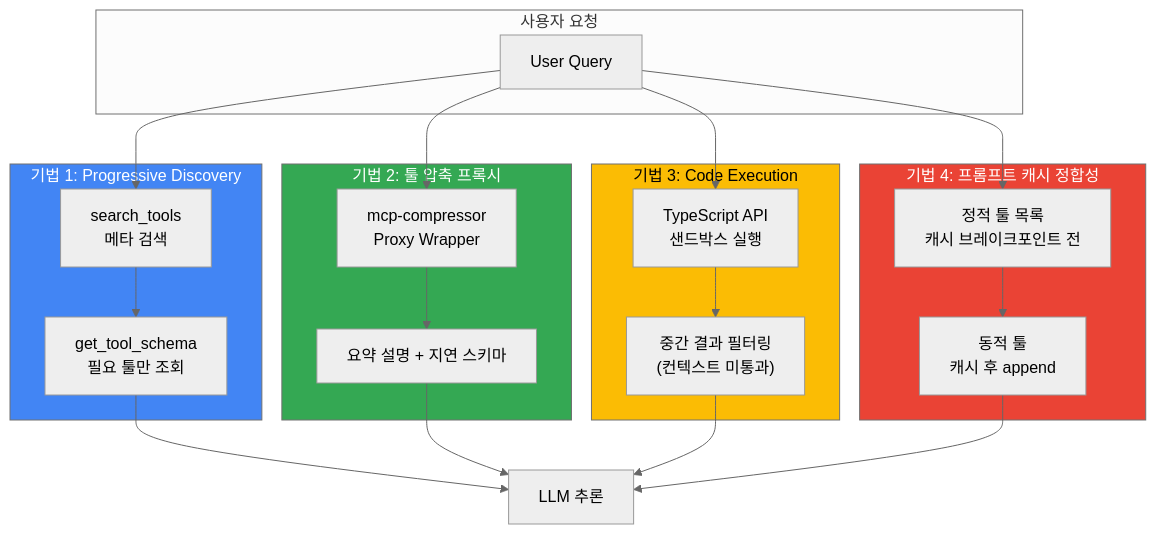
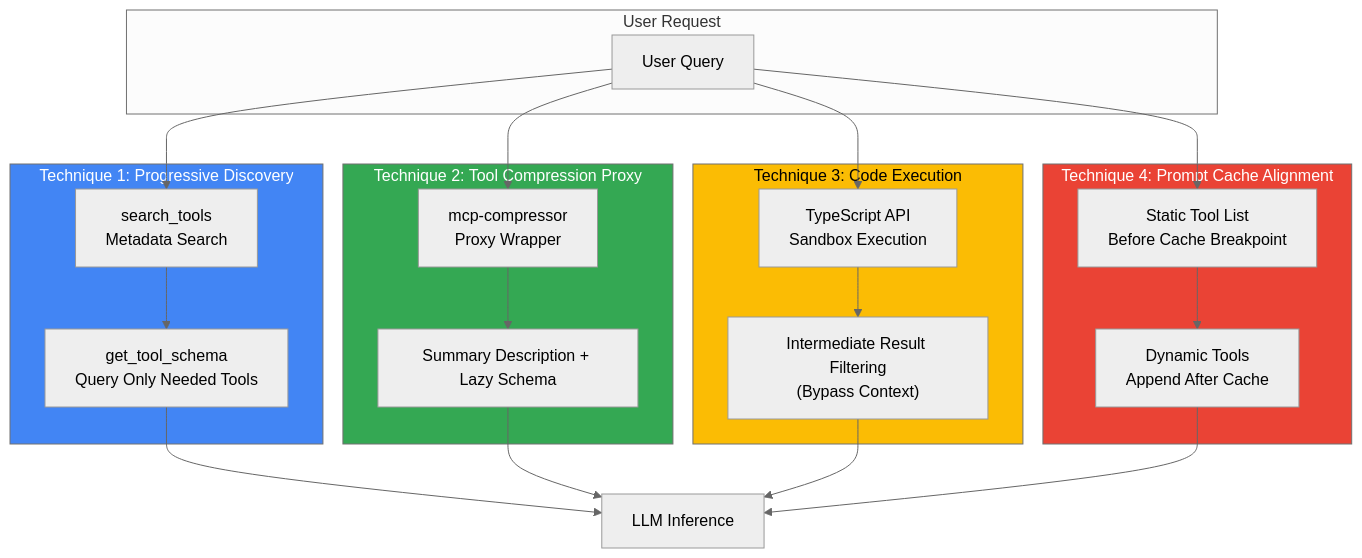
Before and after one commit to devfloor9/engineering-playbook: the diagram in docs/agentic-ai-platform/design-architecture/advanced-patterns/mcp-token-optimization.md, drawn with Mermaid (neutral theme). The commit also changed other lines of this file and 954 other files, not shown here.

````diff
--- a/docs/agentic-ai-platform/design-architecture/advanced-patterns/mcp-token-optimization.md
+++ b/docs/agentic-ai-platform/design-architecture/advanced-patterns/mcp-token-optimization.md
@@ -56,45 +56,45 @@
 ```mermaid
 flowchart TB
-    subgraph Input["사용자 요청"]
+    subgraph Input["User Request"]
         USER[User Query]
     end
 
-    subgraph T1["기법 1: Progressive Discovery"]
-        META[search_tools<br/>메타 검색]
-        INSPECT[get_tool_schema<br/>필요 툴만 조회]
+    subgraph T1["Technique 1: Progressive Discovery"]
+        META[search_tools<br/>Metadata Search]
+        INSPECT[get_tool_schema<br/>Query Only Needed Tools]
     end
 
-    subgraph T2["기법 2: 툴 압축 프록시"]
+    subgraph T2["Technique 2: Tool Compression Proxy"]
         COMPRESS[mcp-compressor<br/>Proxy Wrapper]
-        SUMMARY[요약 설명 + 지연 스키마]
+        SUMMARY[Summary Description + Lazy Schema]
     end
 
-    subgraph T3["기법 3: Code Execution"]
-        CODEAPI[TypeScript API<br/>샌드박스 실행]
-        FILTER["중간 결과 필터링<br/>(컨텍스트 미통과)"]
+    subgraph T3["Technique 3: Code Execution"]
+        CODEAPI[TypeScript API<br/>Sandbox Execution]
+        FILTER["Intermediate Result Filtering<br/>(Bypass Context)"]
     end
 
-    subgraph T4["기법 4: 프롬프트 캐시 정합성"]
-        STATIC[정적 툴 목록<br/>캐시 브레이크포인트 전]
-        DYNAMIC[동적 툴<br/>캐시 후 append]
+    subgraph T4["Technique 4: Prompt Cache Alignment"]
+        STATIC[Static Tool List<br/>Before Cache Breakpoint]
+        DYNAMIC[Dynamic Tools<br/>Append After Cache]
     end
 
     USER --> META
     META --> INSPECT
     USER --> COMPRESS
     COMPRESS --> SUMMARY
     USER --> CODEAPI
     CODEAPI --> FILTER
     USER --> STATIC
     STATIC --> DYNAMIC
 
-    INSPECT --> LLM[LLM 추론]
+    INSPECT --> LLM[LLM Inference]
     SUMMARY --> LLM
     FILTER --> LLM
     DYNAMIC --> LLM
 
     style T1 fill:#4285f4,color:#fff
     style T2 fill:#34a853,color:#fff
     style T3 fill:#fbbc04,color:#000
     style T4 fill:#ea4335,color:#fff
 ```
````
